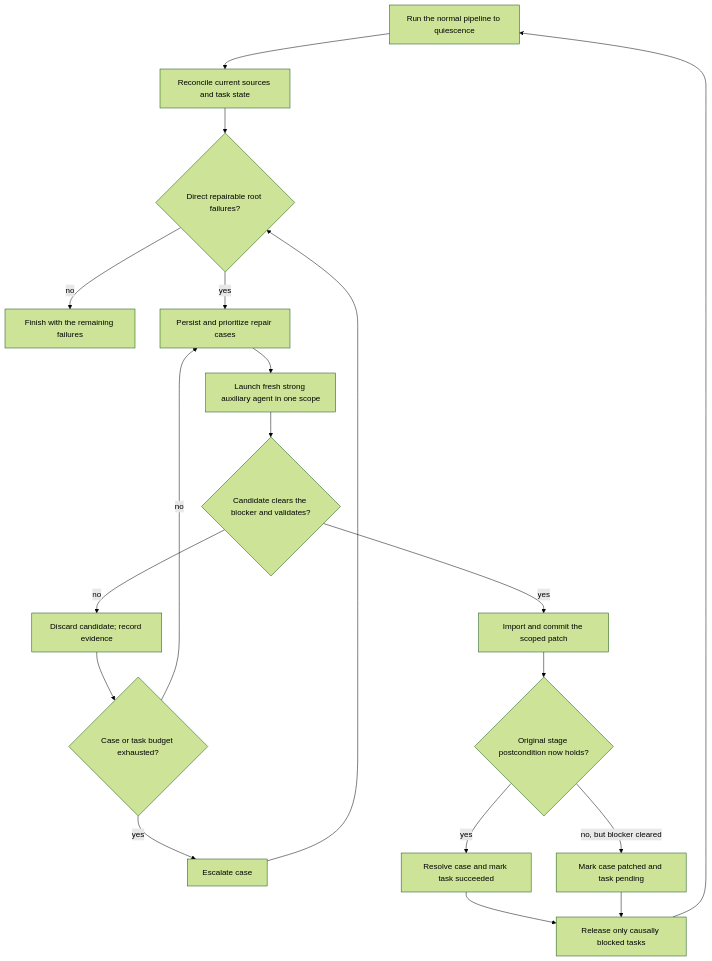
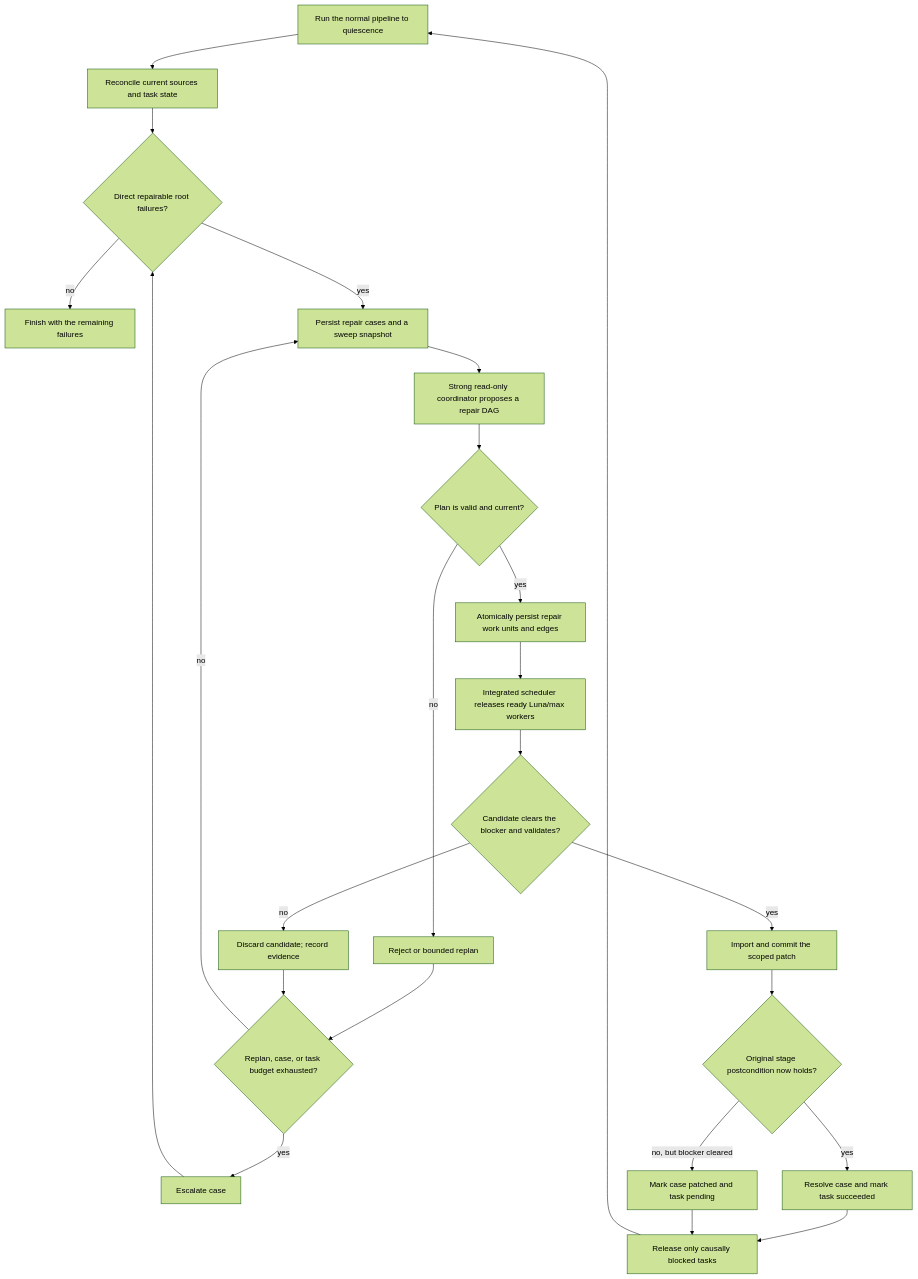
Before and after one commit to phulin/paf: the first of 3 diagrams in docs/repair-sweeps.md, drawn with Mermaid (forest theme). The commit also changed other lines of this file, not shown here.

Commit message:
docs: split repair planning from edits

````diff
--- a/docs/repair-sweeps.md
+++ b/docs/repair-sweeps.md
@@ -72,21 +77,26 @@
 ```mermaid
 flowchart TD
     N[Run the normal pipeline to quiescence] --> R[Reconcile current sources and task state]
     R --> C{Direct repairable root failures?}
     C -->|no| X[Finish with the remaining failures]
-    C -->|yes| Q[Persist and prioritize repair cases]
-    Q --> A[Launch fresh strong auxiliary agent in one scope]
-    A --> V{Candidate clears the blocker and validates?}
+    C -->|yes| Q[Persist repair cases and a sweep snapshot]
+    Q --> A[Strong read-only coordinator proposes a repair DAG]
+    A --> H{Plan is valid and current?}
+    H -->|no| E0[Reject or bounded replan]
+    E0 --> B
+    H -->|yes| U[Atomically persist repair work units and edges]
+    U --> L[Integrated scheduler releases ready Luna/max workers]
+    L --> V{Candidate clears the blocker and validates?}
     V -->|no| E[Discard candidate; record evidence]
-    E --> B{Case or task budget exhausted?}
+    E --> B{Replan, case, or task budget exhausted?}
     B -->|yes| M[Escalate case]
     B -->|no| Q
     V -->|yes| I[Import and commit the scoped patch]
     I --> P{Original stage postcondition now holds?}
     P -->|yes| S[Resolve case and mark task succeeded]
     P -->|no, but blocker cleared| T[Mark case patched and task pending]
     S --> W[Release only causally blocked tasks]
     T --> W
     W --> N
     M --> C
 ```
````
